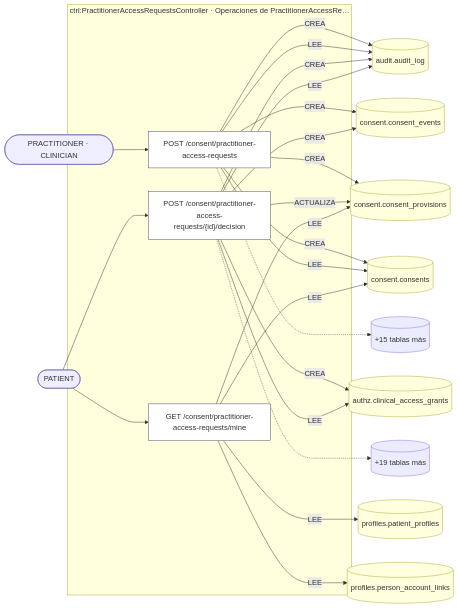
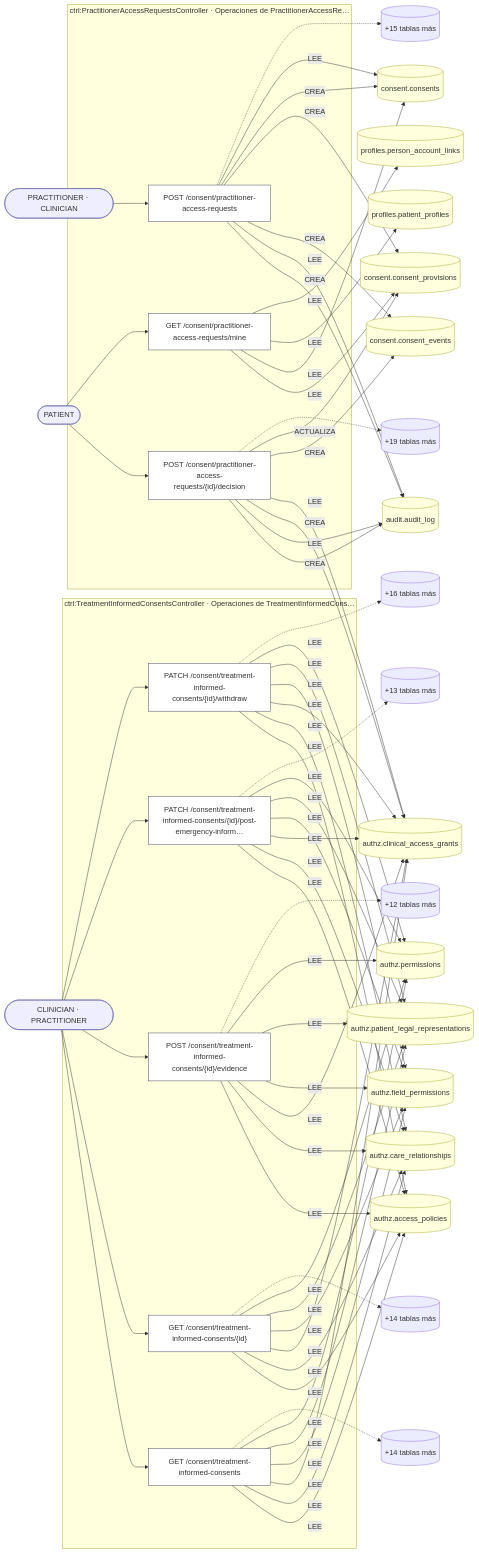
One commit to mdavila-2001/mantra-core-health-api changed the second of 25 diagrams in docs/inventario/flujos/consent.md. Above: the diagram before and after it, drawn with Mermaid. The commit also changed other lines of this file and 205 other files, not shown here.

```diff
--- a/docs/inventario/flujos/consent.md
+++ b/docs/inventario/flujos/consent.md
@@ -244,6 +256,7 @@
 flowchart LR
   a2(["PRACTITIONER · CLINICIAN"]):::actor
   a9(["PATIENT"]):::actor
+  a16(["CLINICIAN · PRACTITIONER"]):::actor
   t3[("audit.audit_log")]:::tabla
   t4[("consent.consent_events")]:::tabla
   t5[("consent.consent_provisions")]:::tabla
@@ -251,12 +264,29 @@
   t10[("authz.clinical_access_grants")]:::tabla
   t13[("profiles.patient_profiles")]:::tabla
   t14[("profiles.person_account_links")]:::tabla
+  t17[("authz.access_policies")]:::tabla
+  t18[("authz.care_relationships")]:::tabla
+  t19[("authz.field_permissions")]:::tabla
+  t20[("authz.patient_legal_representations")]:::tabla
+  t21[("authz.permissions")]:::tabla
   t7[("+15 tablas más")]
   t11[("+19 tablas más")]
   subgraph s0["ctrl:PractitionerAccessRequestsController · Operaciones de PractitionerAccessRe…"]
     o1["POST /consent/practitioner-access-requests"]:::op
     o8["POST /consent/practitioner-access-requests/{id}/decision"]:::op
     o12["GET /consent/practitioner-access-requests/mine"]:::op
+  end
+  t22[("+14 tablas más")]
+  t24[("+14 tablas más")]
+  t26[("+12 tablas más")]
+  t28[("+13 tablas más")]
+  t30[("+16 tablas más")]
+  subgraph s1["ctrl:TreatmentInformedConsentsController · Operaciones de TreatmentInformedCons…"]
+    o15["GET /consent/treatment-informed-consents"]:::op
+    o23["GET /consent/treatment-informed-consents/{id}"]:::op
+    o25["POST /consent/treatment-informed-consents/{id}/evidence"]:::op
+    o27["PATCH /consent/treatment-informed-consents/{id}/post-emergency-inform…"]:::op
+    o29["PATCH /consent/treatment-informed-consents/{id}/withdraw"]:::op
   end
   a2 --> o1
   o1 -->|"CREA"| t3
@@ -279,6 +309,46 @@
   o12 -->|"LEE"| t6
   o12 -->|"LEE"| t13
   o12 -->|"LEE"| t14
+  a16 --> o15
+  o15 -->|"LEE"| t17
+  o15 -->|"LEE"| t18
+  o15 -->|"LEE"| t10
+  o15 -->|"LEE"| t19
+  o15 -->|"LEE"| t20
+  o15 -->|"LEE"| t21
+  o15 -.-> t22
+  a16 --> o23
+  o23 -->|"LEE"| t17
+  o23 -->|"LEE"| t18
+  o23 -->|"LEE"| t10
+  o23 -->|"LEE"| t19
+  o23 -->|"LEE"| t20
+  o23 -->|"LEE"| t21
+  o23 -.-> t24
+  a16 --> o25
+  o25 -->|"LEE"| t17
+  o25 -->|"LEE"| t18
+  o25 -->|"LEE"| t10
+  o25 -->|"LEE"| t19
+  o25 -->|"LEE"| t20
+  o25 -->|"LEE"| t21
+  o25 -.-> t26
+  a16 --> o27
+  o27 -->|"LEE"| t17
+  o27 -->|"LEE"| t18
+  o27 -->|"LEE"| t10
+  o27 -->|"LEE"| t19
+  o27 -->|"LEE"| t20
+  o27 -->|"LEE"| t21
+  o27 -.-> t28
+  a16 --> o29
+  o29 -->|"LEE"| t17
+  o29 -->|"LEE"| t18
+  o29 -->|"LEE"| t10
+  o29 -->|"LEE"| t19
+  o29 -->|"LEE"| t20
+  o29 -->|"LEE"| t21
+  o29 -.-> t30
   classDef op fill:#fff,stroke:#446
   classDef actor fill:#eef,stroke:#66a
   classDef tabla fill:#ffd,stroke:#aa3
```
